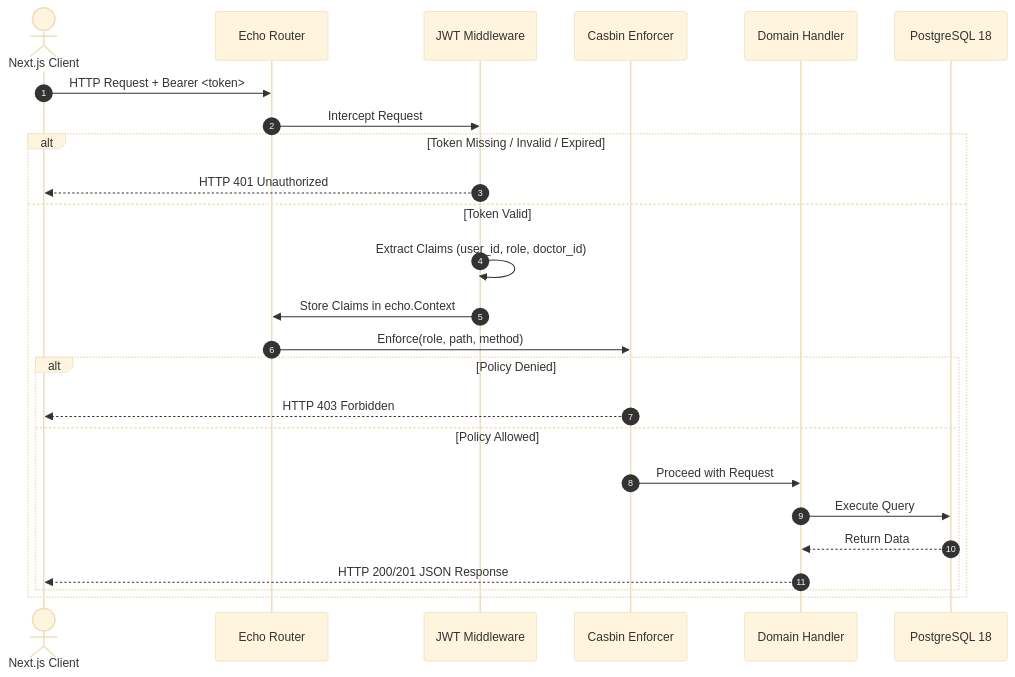
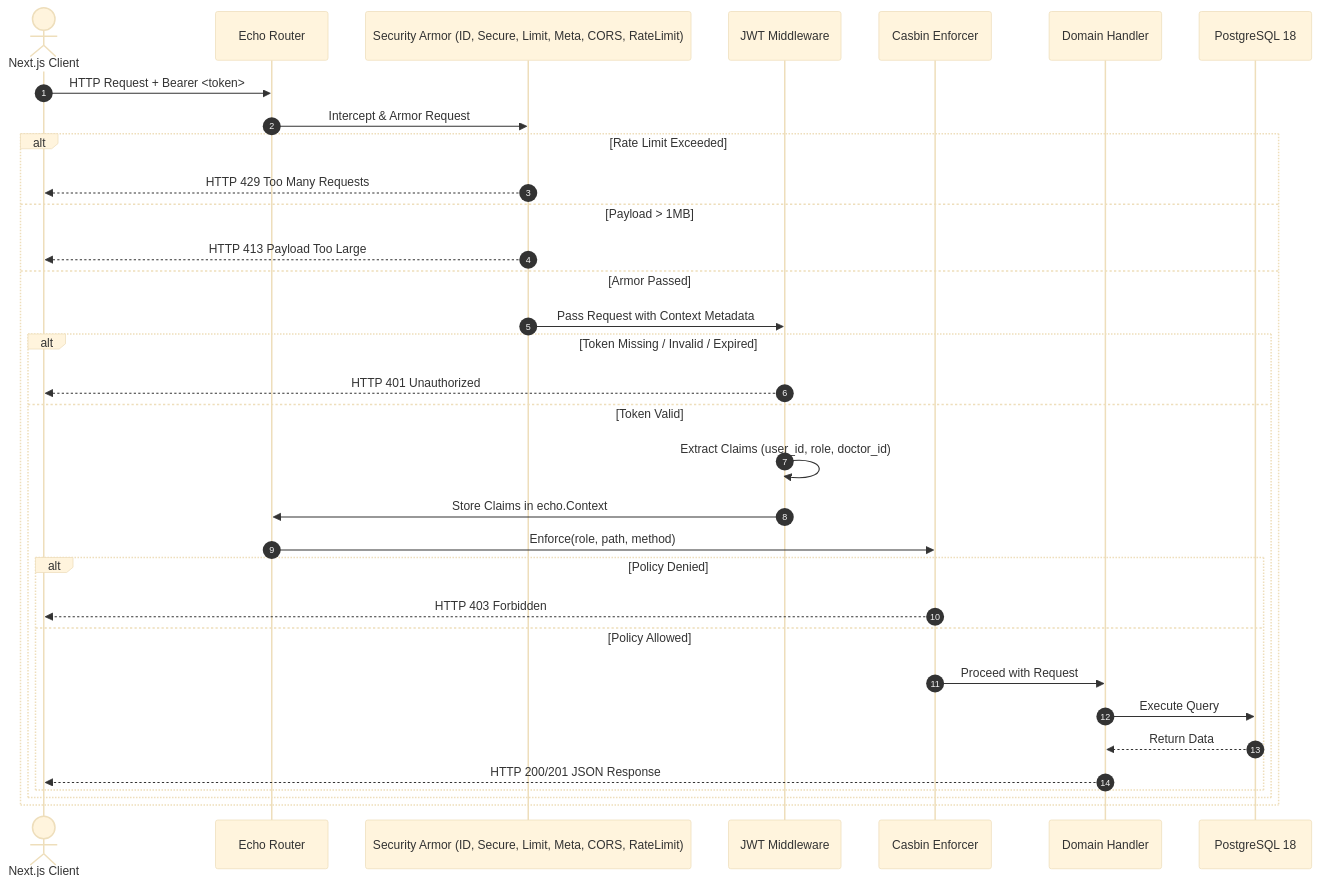
One commit to Ahmad-mufied/clinic-queue changed the diagram in docs/tech/01-auth-rbac-tech.md. Above: the diagram before and after it, drawn with Mermaid (base theme). The commit also changed other lines of this file and 8 other files, not shown here.

Commit message:
docs(security): add dedicated technical specification for token bucket rate limiting, security armor, and update env template

````diff
--- a/docs/tech/01-auth-rbac-tech.md
+++ b/docs/tech/01-auth-rbac-tech.md
@@ -18,28 +31,36 @@
 ```mermaid
 sequenceDiagram
     autonumber
     actor Client as Next.js Client
     participant Echo as Echo Router
+    participant Armor as Security Armor (ID, Secure, Limit, Meta, CORS, RateLimit)
     participant JWT as JWT Middleware
     participant Casbin as Casbin Enforcer
     participant Handler as Domain Handler
     participant DB as PostgreSQL 18
 
     Client->>Echo: HTTP Request + Bearer <token>
-    Echo->>JWT: Intercept Request
-    alt Token Missing / Invalid / Expired
-        JWT-->>Client: HTTP 401 Unauthorized
-    else Token Valid
-        JWT->>JWT: Extract Claims (user_id, role, doctor_id)
-        JWT->>Echo: Store Claims in echo.Context
-        Echo->>Casbin: Enforce(role, path, method)
-        alt Policy Denied
-            Casbin-->>Client: HTTP 403 Forbidden
-        else Policy Allowed
-            Casbin->>Handler: Proceed with Request
-            Handler->>DB: Execute Query
-            DB-->>Handler: Return Data
-            Handler-->>Client: HTTP 200/201 JSON Response
+    Echo->>Armor: Intercept & Armor Request
+    alt Rate Limit Exceeded
+        Armor-->>Client: HTTP 429 Too Many Requests
+    else Payload > 1MB
+        Armor-->>Client: HTTP 413 Payload Too Large
+    else Armor Passed
+        Armor->>JWT: Pass Request with Context Metadata
+        alt Token Missing / Invalid / Expired
+            JWT-->>Client: HTTP 401 Unauthorized
+        else Token Valid
+            JWT->>JWT: Extract Claims (user_id, role, doctor_id)
+            JWT->>Echo: Store Claims in echo.Context
+            Echo->>Casbin: Enforce(role, path, method)
+            alt Policy Denied
+                Casbin-->>Client: HTTP 403 Forbidden
+            else Policy Allowed
+                Casbin->>Handler: Proceed with Request
+                Handler->>DB: Execute Query
+                DB-->>Handler: Return Data
+                Handler-->>Client: HTTP 200/201 JSON Response
+            end
         end
     end
 ```
````
